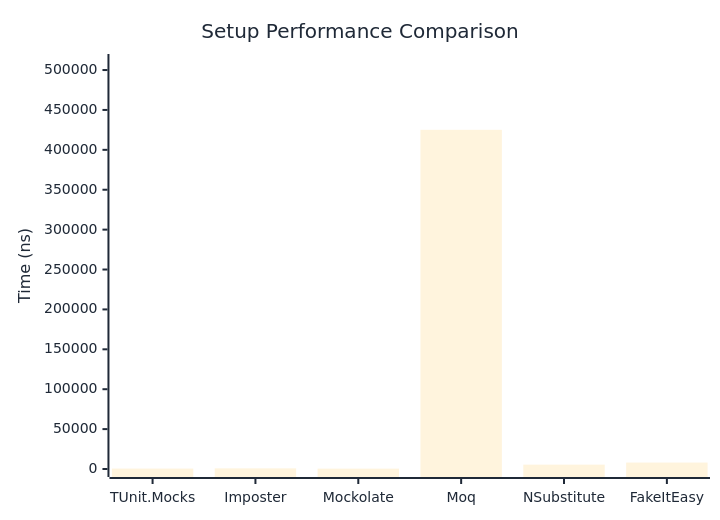
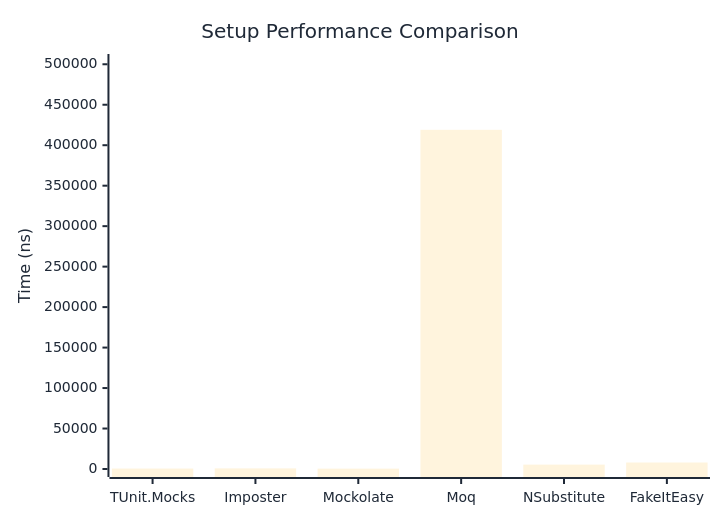
One commit to thomhurst/TUnit changed the first of 2 diagrams in docs/docs/benchmarks/mocks/Setup.md. Above: the diagram before and after it, drawn with Mermaid. The commit also changed other lines of this file and 14 other files, not shown here.

````diff
--- a/docs/docs/benchmarks/mocks/Setup.md
+++ b/docs/docs/benchmarks/mocks/Setup.md
@@ -28,27 +28,27 @@
 ```mermaid
 %%{init: {
   'theme':'base',
   'themeVariables': {
     'primaryColor': '#2563eb',
     'primaryTextColor': '#1f2937',
     'primaryBorderColor': '#1e40af',
     'lineColor': '#6b7280',
     'secondaryColor': '#7c3aed',
     'tertiaryColor': '#dc2626',
     'background': '#ffffff',
     'pie1': '#2563eb',
     'pie2': '#7c3aed',
     'pie3': '#dc2626',
     'pie4': '#f59e0b',
     'pie5': '#10b981',
     'pie6': '#06b6d4',
     'pie7': '#ec4899',
     'pie8': '#6366f1'
   }
 }}%%
 xychart-beta
   title "Setup Performance Comparison"
   x-axis ["TUnit.Mocks", "Imposter", "Mockolate", "Moq", "NSubstitute", "FakeItEasy"]
-  y-axis "Time (ns)" 0 --> 510077
-  bar [522.5, 802.5, 449.4, 425063.5, 5474.1, 8065]
+  y-axis "Time (ns)" 0 --> 502795
+  bar [557.4, 763.7, 437.8, 418995.5, 5422, 8015.8]
 ```
````
